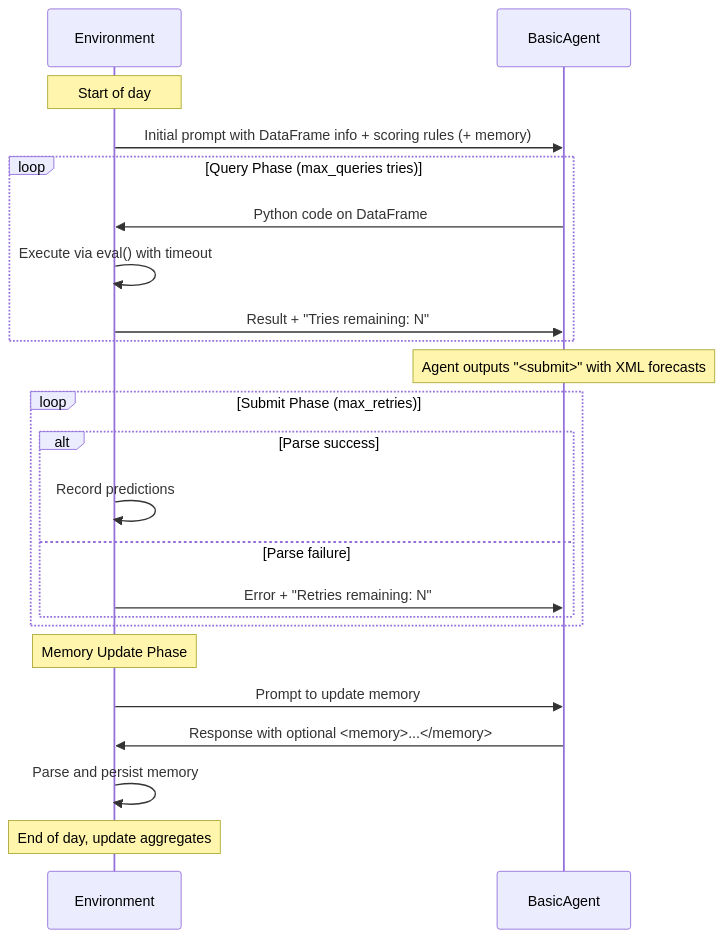
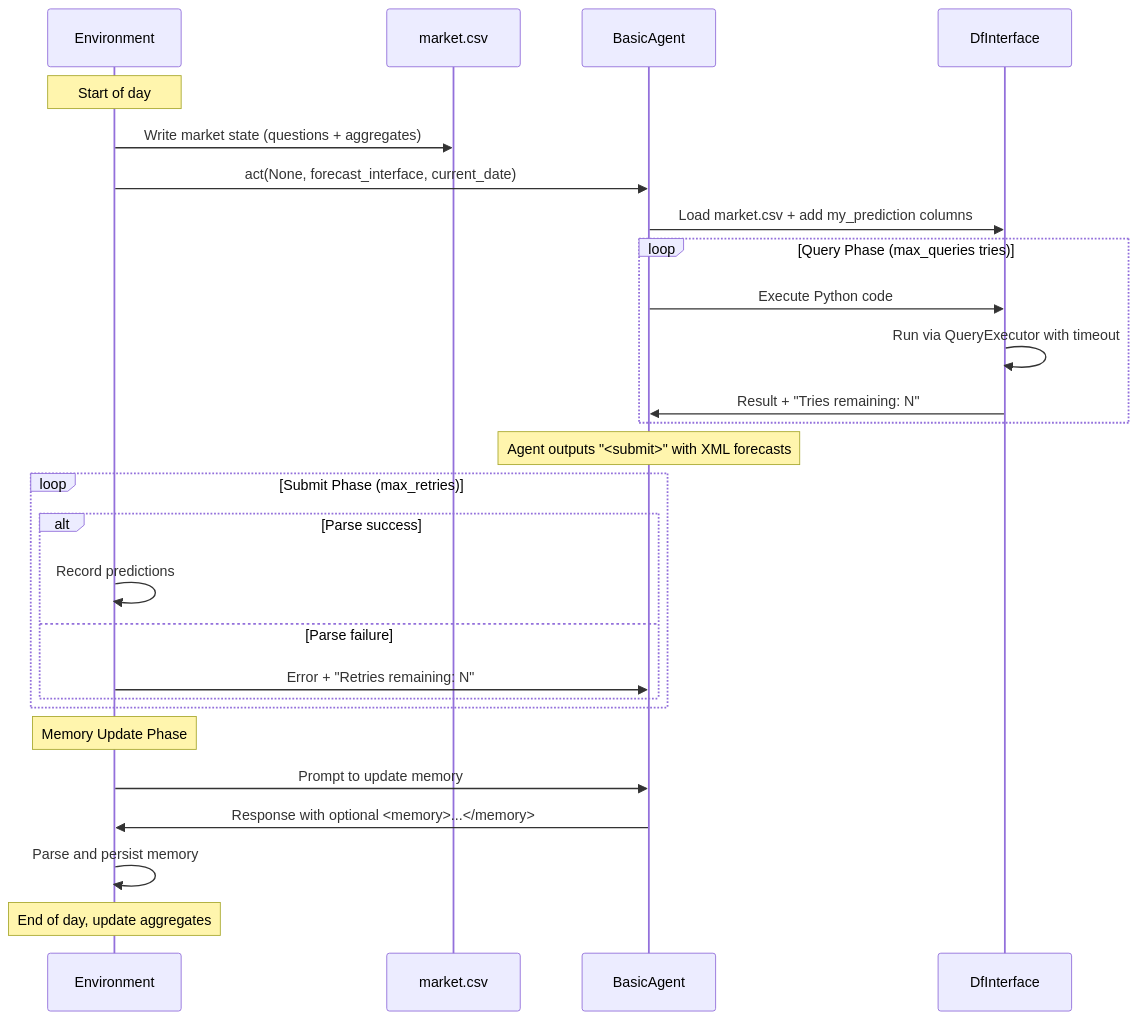
One commit to OpenForecaster/futuresim changed the diagram in notes/agent-forecast-interaction.md. Above: the diagram before and after it, drawn with Mermaid. The commit also changed other lines of this file and 13 other files, not shown here.

````diff
--- a/notes/agent-forecast-interaction.md
+++ b/notes/agent-forecast-interaction.md
@@ -9,31 +9,35 @@
 ```mermaid
 sequenceDiagram
     participant Env as Environment
+    participant CSV as market.csv
     participant Agent as BasicAgent
+    participant DfI as DfInterface
     
     Note over Env: Start of day
-    Env->>Agent: Initial prompt with DataFrame info + scoring rules (+ memory)
+    Env->>CSV: Write market state (questions + aggregates)
+    Env->>Agent: act(None, forecast_interface, current_date)
+    Agent->>DfI: Load market.csv + add my_prediction columns
     
     loop Query Phase (max_queries tries)
-        Agent->>Env: Python code on DataFrame
-        Env->>Env: Execute via eval() with timeout
-        Env->>Agent: Result + "Tries remaining: N"
+        Agent->>DfI: Execute Python code
+        DfI->>DfI: Run via QueryExecutor with timeout
+        DfI->>Agent: Result + "Tries remaining: N"
     end
     
     Note over Agent: Agent outputs "<submit>" with XML forecasts
     
     loop Submit Phase (max_retries)
         alt Parse success
             Env->>Env: Record predictions
         else Parse failure
             Env->>Agent: Error + "Retries remaining: N"
         end
     end
     
     Note over Env: Memory Update Phase
     Env->>Agent: Prompt to update memory
     Agent->>Env: Response with optional <memory>...</memory>
     Env->>Env: Parse and persist memory
     
     Note over Env: End of day, update aggregates
 ```
````
